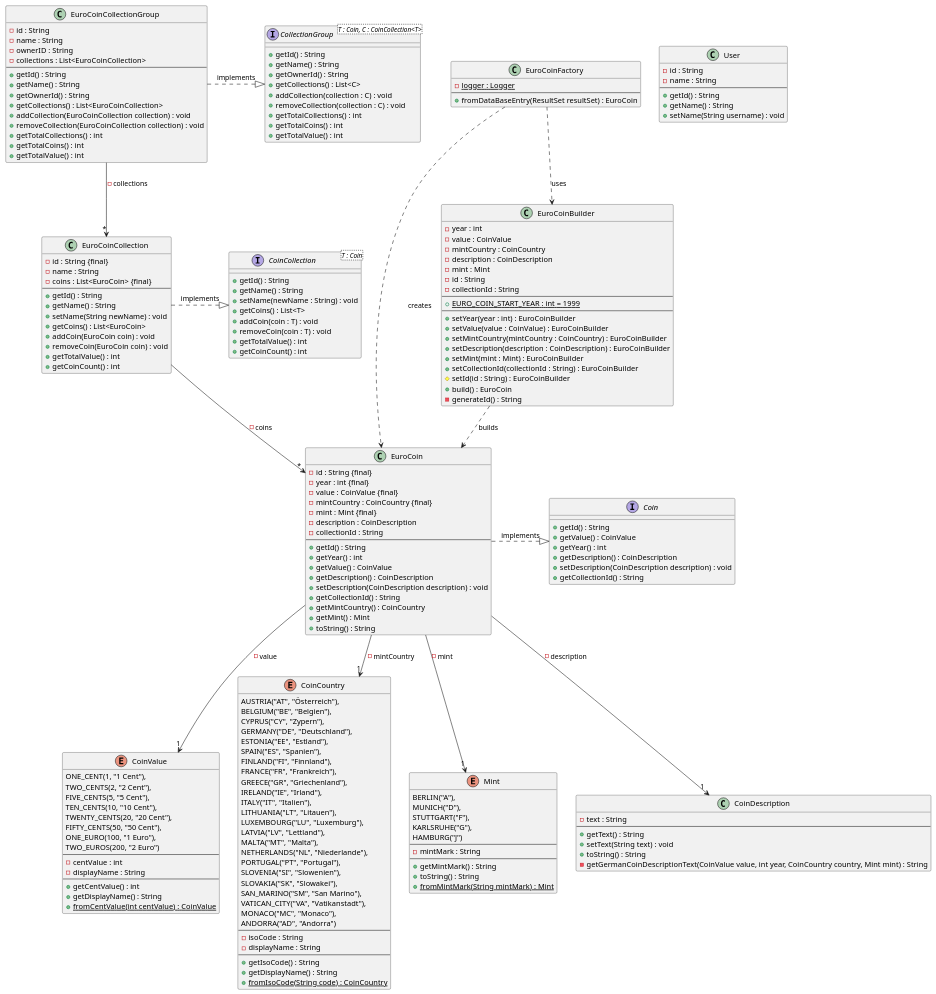
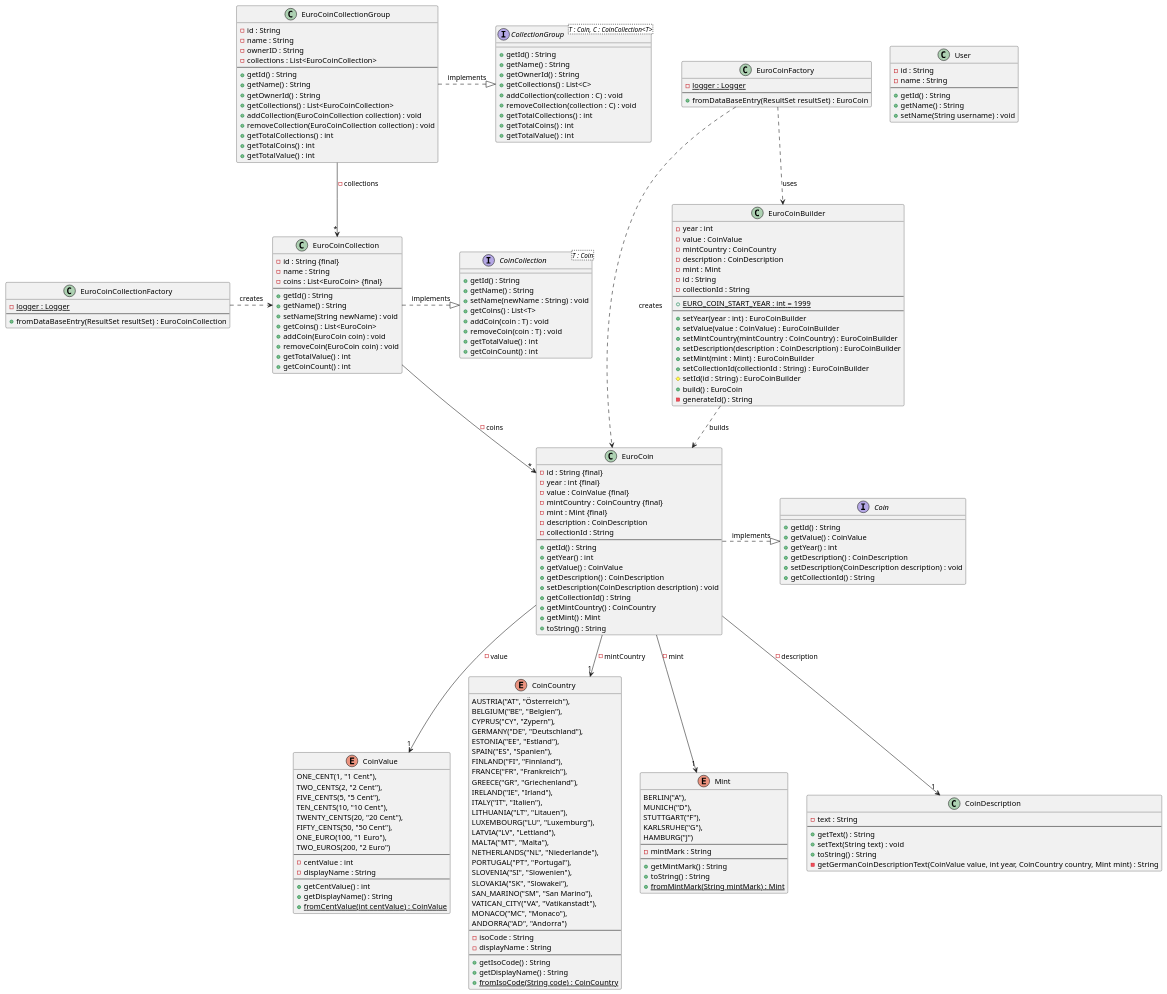
One commit to lstramke/coincollector changed the diagram in docs/DataModel/dataModel.puml. Above: the diagram before and after it, drawn with PlantUML. The commit also changed 3 other files, not shown here.

Commit message:
docs(#3): add EuroCoinCollectionFactory to model

```diff
--- a/docs/DataModel/dataModel.puml
+++ b/docs/DataModel/dataModel.puml
@@ -1,4 +1,4 @@
-@startuml dataModel_v7
+@startuml dataModel_v8
 
 ' ENUMS
 enum CoinValue {
@@ -206,6 +206,13 @@
 EuroCoinFactory ..> EuroCoin : creates
 EuroCoinFactory ..> EuroCoinBuilder : uses
 
+class EuroCoinCollectionFactory {
+    - {static} logger : Logger
+    --
+    + fromDataBaseEntry(ResultSet resultSet) : EuroCoinCollection
+}
+EuroCoinCollectionFactory .> EuroCoinCollection : creates
+
 ' USER
 class User {
     - id : String
```
